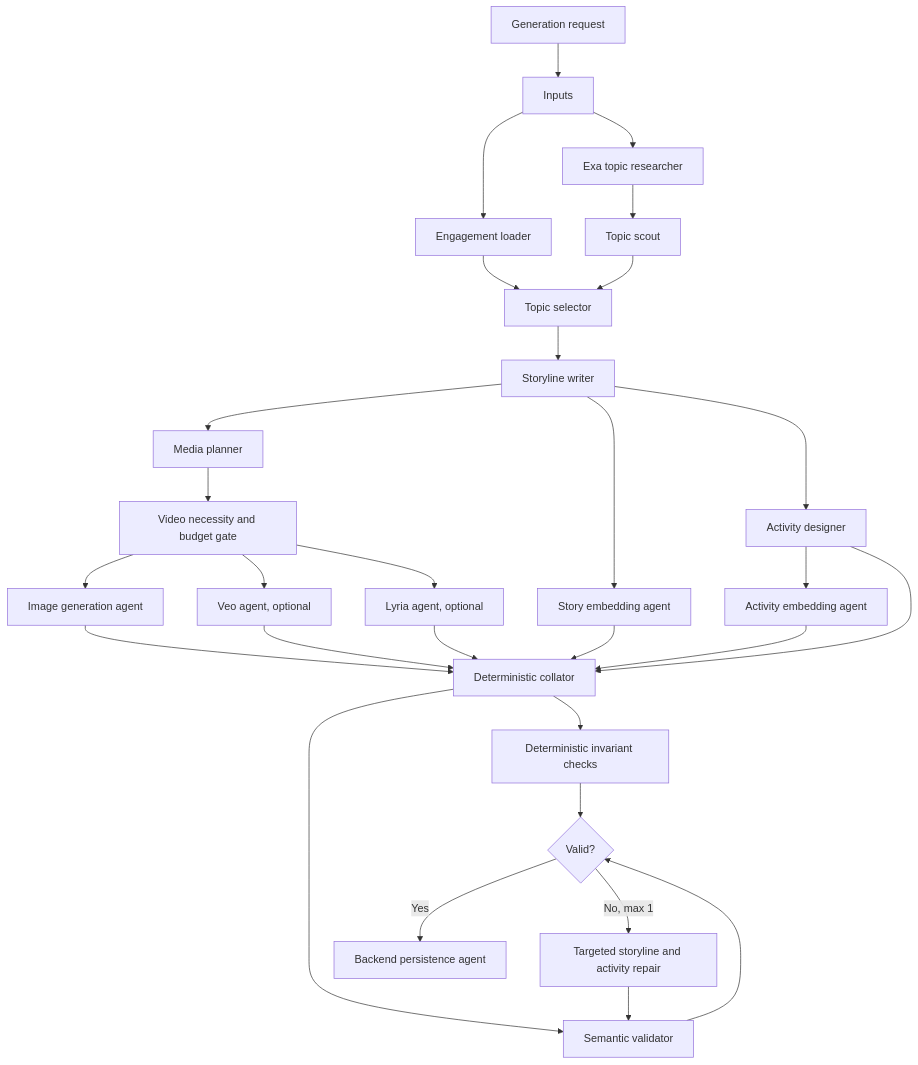
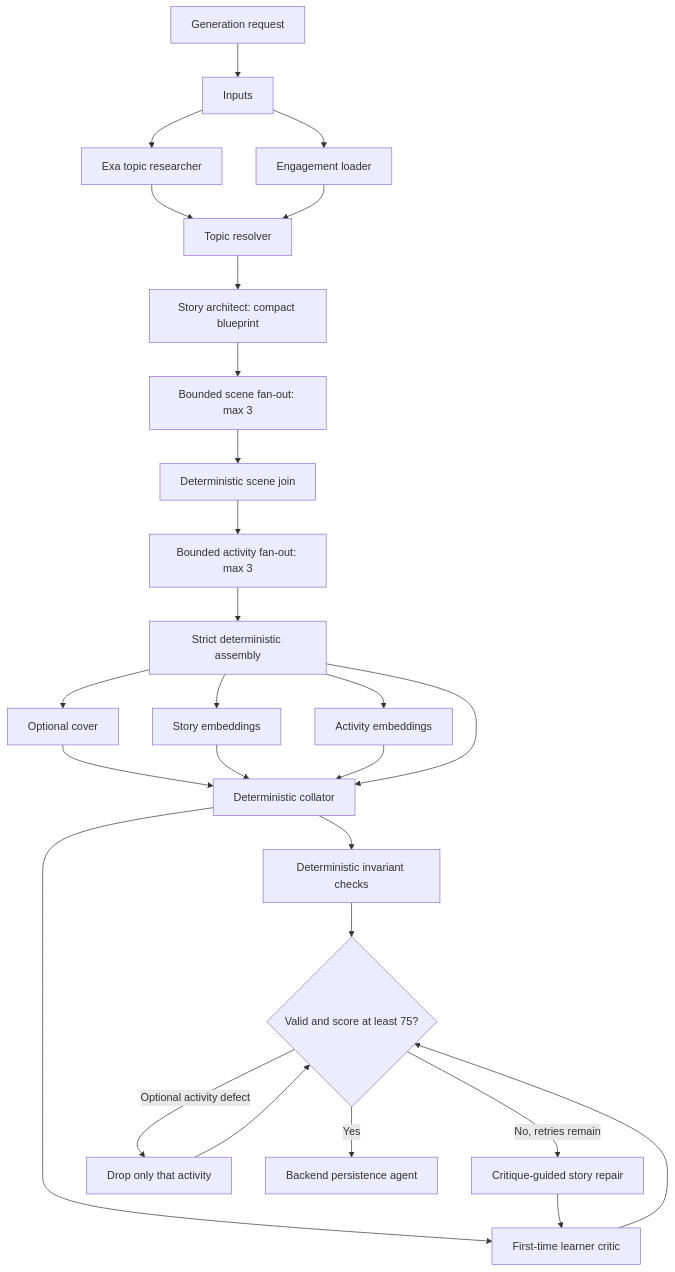
Before and after one commit to thisisindrajit/artham: the diagram in docs/story-generation-pipeline.md, drawn with Mermaid. The commit also changed other lines of this file and 93 other files, not shown here.

````diff
--- a/docs/story-generation-pipeline.md
+++ b/docs/story-generation-pipeline.md
@@ -24,34 +102,31 @@
 ```mermaid
 flowchart TD
     Start[Generation request] --> Inputs
     Inputs --> Engagement[Engagement loader]
     Inputs --> Exa[Exa topic researcher]
-    Exa --> Scout[Topic scout]
-    Engagement --> Selector[Topic selector]
-    Scout --> Selector
-    Selector --> Story[Storyline writer]
-    Story --> MediaPlan[Media planner]
-    MediaPlan --> Gate[Video necessity and budget gate]
+    Exa --> Topic[Topic resolver]
+    Engagement --> Topic
+    Topic --> Blueprint[Story architect: compact blueprint]
+    Blueprint --> Scenes[Bounded scene fan-out: max 3]
+    Scenes --> SceneJoin[Deterministic scene join]
+    SceneJoin --> Activities[Bounded activity fan-out: max 3]
+    Activities --> Assemble[Strict deterministic assembly]
+    Assemble --> Images[Optional cover]
+    Assemble --> StoryEmbed[Story embeddings]
+    Assemble --> ActivityEmbed[Activity embeddings]
 
-    Gate --> Images[Image generation agent]
-    Gate --> Video[Veo agent, optional]
-    Gate --> Audio[Lyria agent, optional]
-    Story --> Activities[Activity designer]
-    Story --> StoryEmbed[Story embedding agent]
-
-    Activities --> ActivityEmbed[Activity embedding agent]
     Images --> Collator[Deterministic collator]
-    Video --> Collator
-    Audio --> Collator
     StoryEmbed --> Collator
     ActivityEmbed --> Collator
-    Activities --> Collator
+    Assemble --> Collator
 
     Collator --> Checks[Deterministic invariant checks]
-    Collator --> Validator[Semantic validator]
-    Checks --> Verdict{Valid?}
+    Collator --> Validator[First-time learner critic]
+    Checks --> Verdict{Valid and score at least 75?}
     Validator --> Verdict
-    Verdict -- No, max 1 --> Repair[Targeted storyline and activity repair]
+    Verdict -- No, retries remain --> Repair[Critique-guided story repair]
     Repair --> Validator
+    Verdict -- Optional activity defect --> Drop[Drop only that activity]
+    Drop --> Verdict
     Verdict -- Yes --> Persist[Backend persistence agent]
 ```
````
